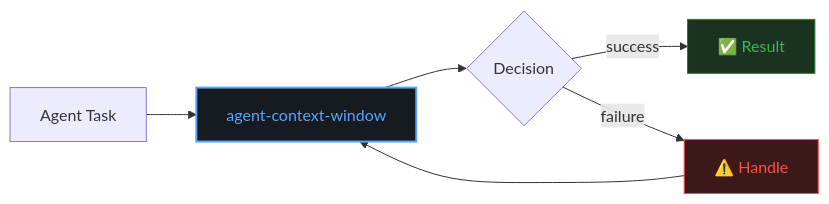
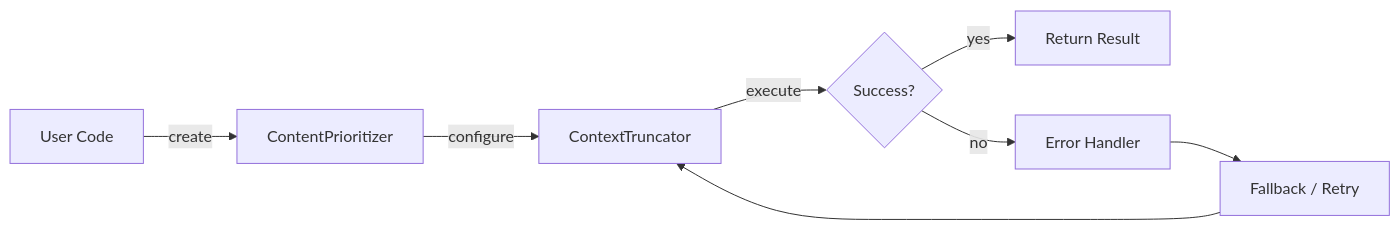
One commit to darshjme/agent-context-window changed the first of 2 diagrams in README.md. Above: the diagram before and after it, drawn with Mermaid. The commit also changed other lines of this file and 1 other file, not shown here.

````diff
--- a/README.md
+++ b/README.md
@@ -59,12 +84,10 @@
 ```mermaid
 flowchart LR
-    A[Agent Task] --> B[agent-context-window]
-    B --> C{Decision}
-    C -->|success| D[✅ Result]
-    C -->|failure| E[⚠️ Handle]
-    E --> B
-
-    style B fill:#161b22,stroke:#58a6ff,stroke-width:2,color:#58a6ff
-    style D fill:#1a3320,stroke:#238636,color:#3fb950
-    style E fill:#3d1a1a,stroke:#f85149,color:#f85149
+    A[User Code] -->|create| B[ContentPrioritizer]
+    B -->|configure| C[ContextTruncator]
+    C -->|execute| D{Success?}
+    D -->|yes| E[Return Result]
+    D -->|no| F[Error Handler]
+    F --> G[Fallback / Retry]
+    G --> C
 ```
````
